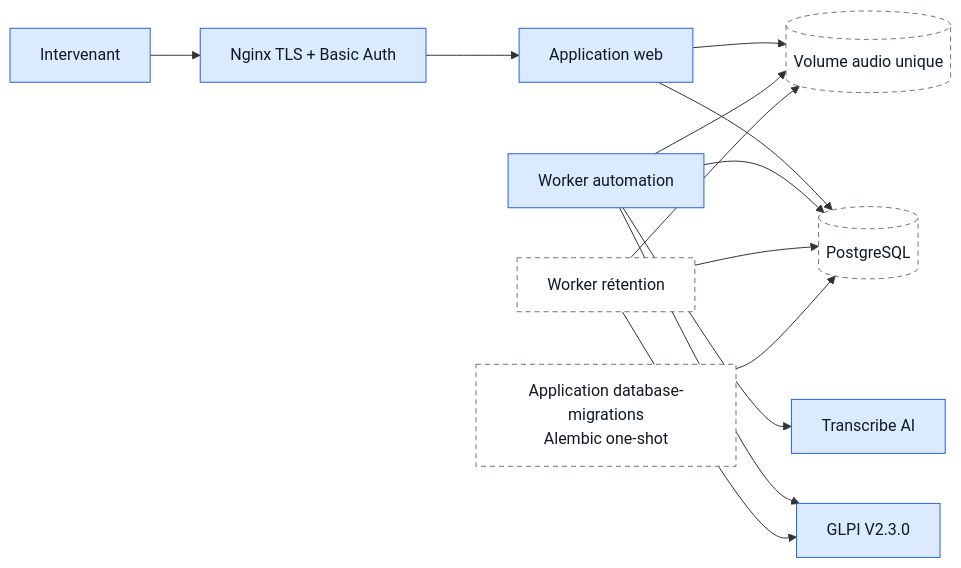
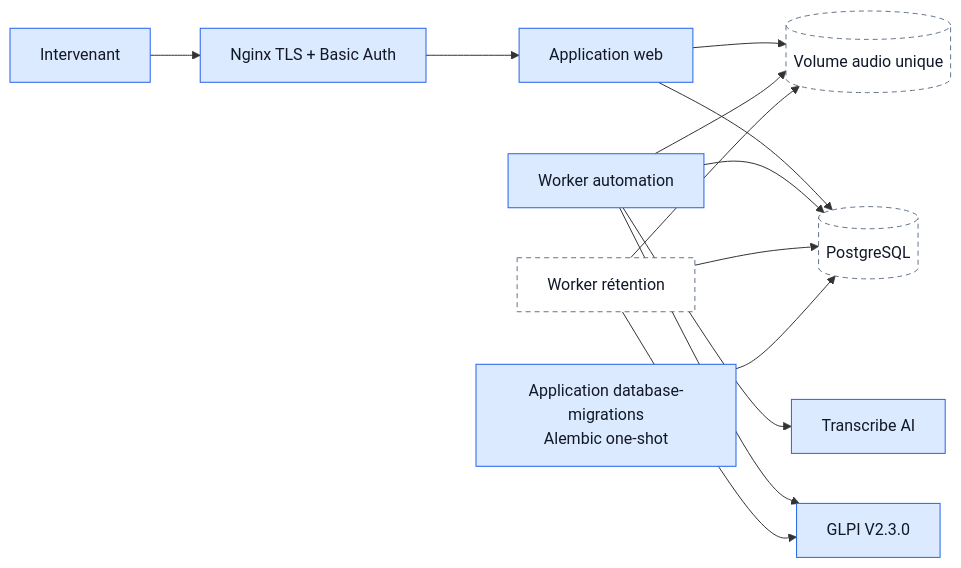
The second of 6 diagrams in docs/mvp-architecture.md (dev-vauclaire/mevo2glpi), drawn with Mermaid before and after one commit. The commit also changed other lines of this file and 37 other files, not shown here.

Commit message:
feat(database): add job persistence and migration application

````diff
--- a/docs/mvp-architecture.md
+++ b/docs/mvp-architecture.md
@@ -179,22 +193,22 @@
 ```mermaid
 flowchart LR
     User[Intervenant]:::implemented --> Nginx[Nginx TLS + Basic Auth]:::implemented
     Nginx --> Web[Application web]:::implemented
 
     Web --> Audio[(Volume audio unique)]:::future
     Web --> Database[(PostgreSQL)]:::future
 
     Automation[Worker automation]:::implemented --> Audio
     Automation --> Database
     Automation --> Transcribe[Transcribe AI]:::implemented
     Automation --> Glpi[GLPI V2.3.0]:::implemented
 
     Retention[Worker rétention]:::future --> Audio
     Retention --> Database
     Retention --> Glpi
 
-    Migration[Application database-migrations<br/>Alembic one-shot]:::future --> Database
+    Migration[Application database-migrations<br/>Alembic one-shot]:::implemented --> Database
 
     classDef implemented fill:#dbeafe,stroke:#2563eb,color:#111827;
     classDef future fill:#fff,stroke:#64748b,color:#111827,stroke-dasharray:5 4;
 ```
````
